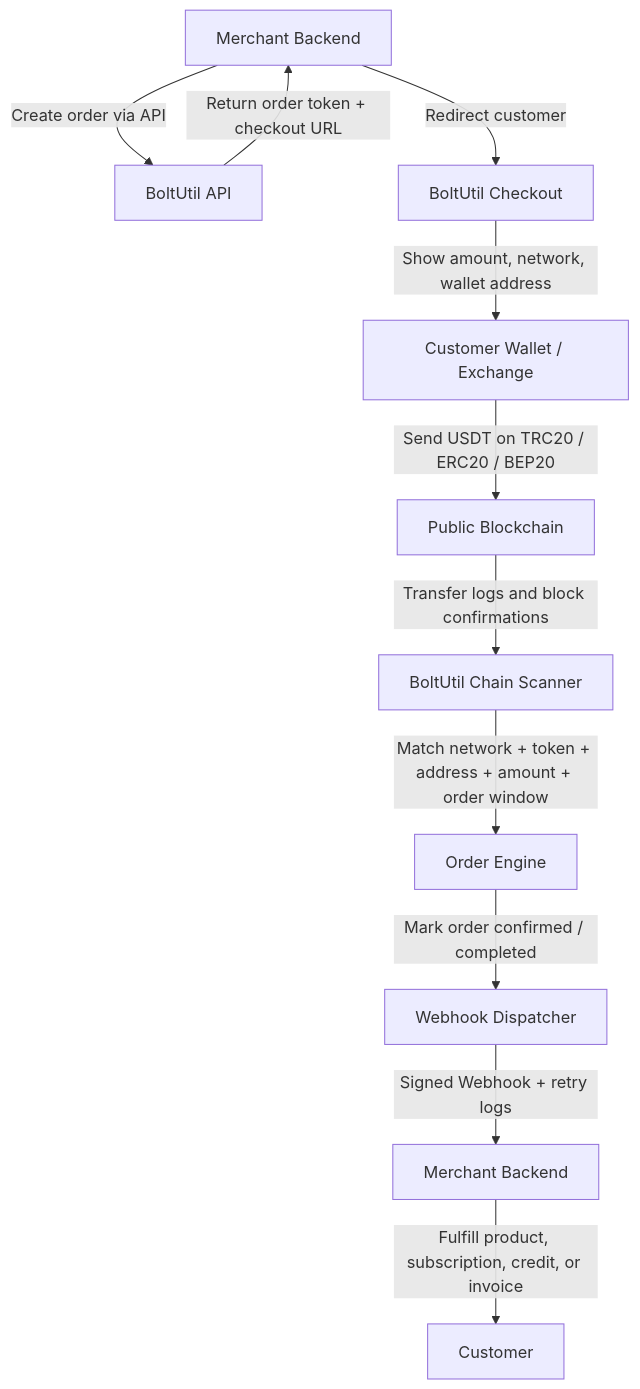
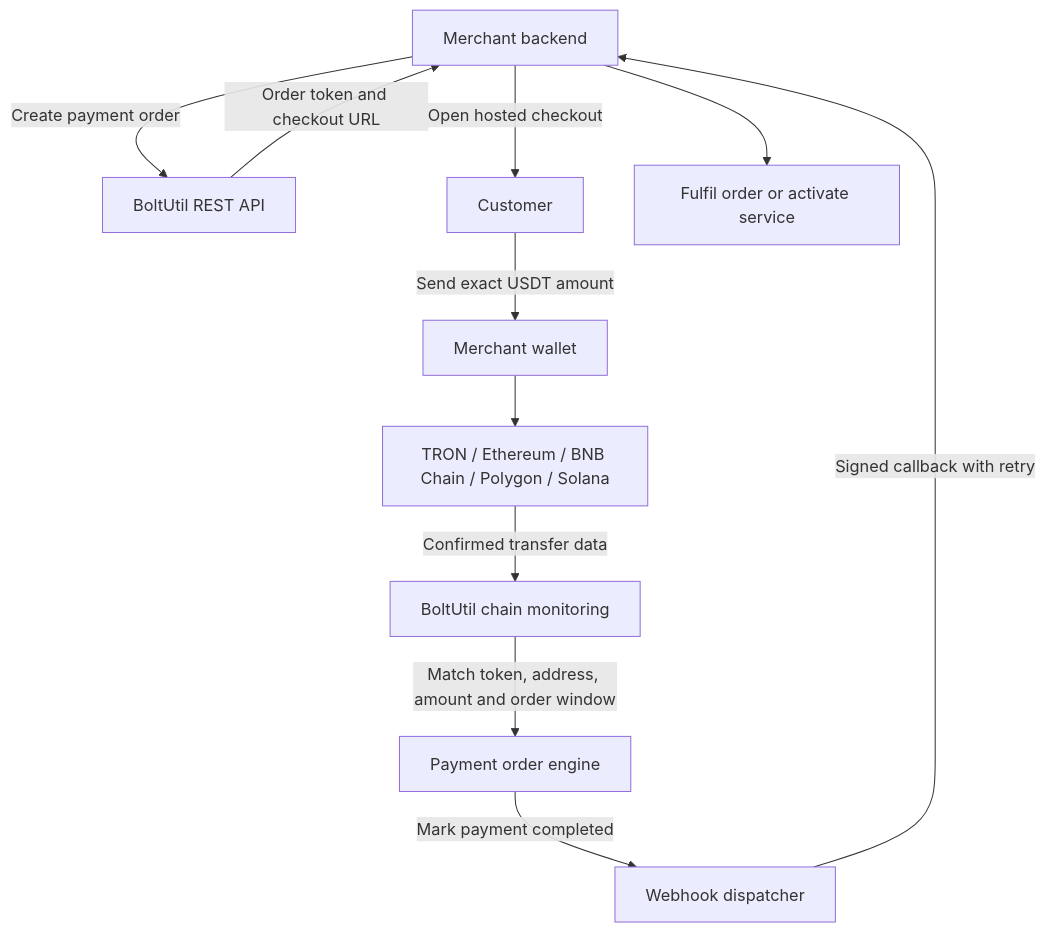
The first of 2 diagrams in README.md (changye0413/BoltUtil), drawn with Mermaid before and after one commit. The commit also changed other lines of this file, not shown here.

````diff
--- a/README.md
+++ b/README.md
@@ -61,13 +87,13 @@
 ```mermaid
 flowchart TD
-    A["Merchant Backend"] -->|"Create order via API"| B["BoltUtil API"]
-    B -->|"Return order token + checkout URL"| A
-    A -->|"Redirect customer"| C["BoltUtil Checkout"]
-    C -->|"Show amount, network, wallet address"| D["Customer Wallet / Exchange"]
-    D -->|"Send USDT on TRC20 / ERC20 / BEP20"| E["Public Blockchain"]
-    E -->|"Transfer logs and block confirmations"| F["BoltUtil Chain Scanner"]
-    F -->|"Match network + token + address + amount + order window"| G["Order Engine"]
-    G -->|"Mark order confirmed / completed"| H["Webhook Dispatcher"]
-    H -->|"Signed Webhook + retry logs"| I["Merchant Backend"]
-    I -->|"Fulfill product, subscription, credit, or invoice"| J["Customer"]
+    A["Merchant backend"] -->|"Create payment order"| B["BoltUtil REST API"]
+    B -->|"Order token and checkout URL"| A
+    A -->|"Open hosted checkout"| C["Customer"]
+    C -->|"Send exact USDT amount"| D["Merchant wallet"]
+    D --> E["TRON / Ethereum / BNB Chain / Polygon / Solana"]
+    E -->|"Confirmed transfer data"| F["BoltUtil chain monitoring"]
+    F -->|"Match token, address, amount and order window"| G["Payment order engine"]
+    G -->|"Mark payment completed"| H["Webhook dispatcher"]
+    H -->|"Signed callback with retry"| A
+    A --> I["Fulfil order or activate service"]
 ```
````
